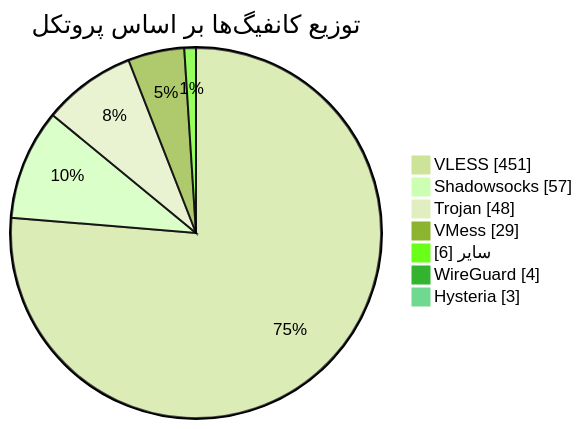
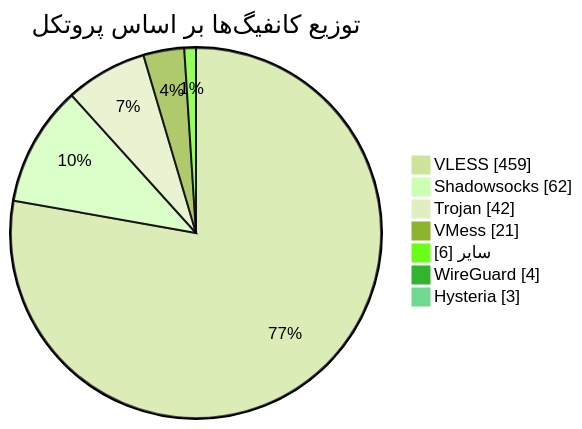
One commit to Arian-Alijani/Somthing changed the diagram in README.md. Above: the diagram before and after it, drawn with Mermaid (forest theme). The commit also changed other lines of this file and 17 other files, not shown here.

````diff
--- a/README.md
+++ b/README.md
@@ -49,11 +49,11 @@
 ```mermaid
 pie showData
     title توزیع کانفیگ‌ها بر اساس پروتکل
-    "VLESS" : 451
-    "Shadowsocks" : 57
-    "Trojan" : 48
-    "VMess" : 29
+    "VLESS" : 459
+    "Shadowsocks" : 62
+    "Trojan" : 42
+    "VMess" : 21
     "سایر" : 6
     "WireGuard" : 4
     "Hysteria" : 3
 ```
````
